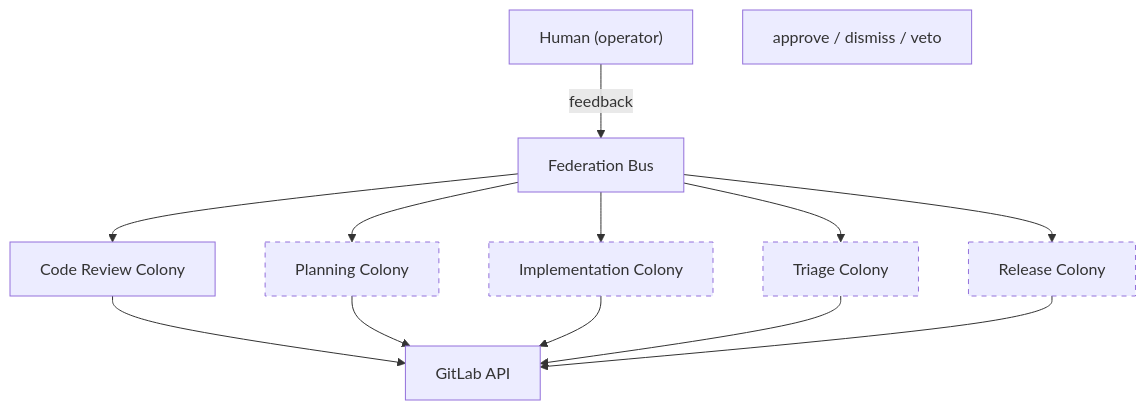
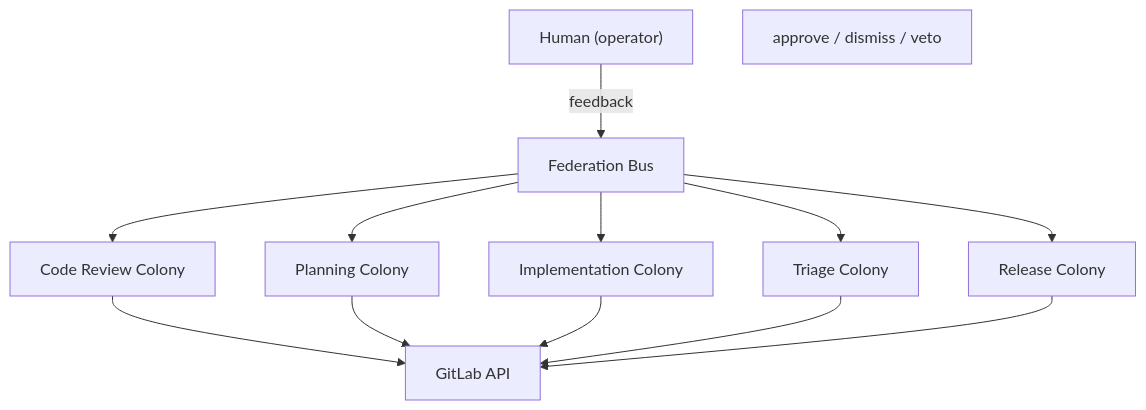
The diagram in dev-apprenticeship/README.md (Replikanti/agentis-colonies), drawn with Mermaid before and after one commit. The commit also changed other lines of this file and 16 other files, not shown here.

````diff
--- a/dev-apprenticeship/README.md
+++ b/dev-apprenticeship/README.md
@@ -37,29 +37,25 @@
 ```mermaid
 graph TD
     H["Human (operator)"]
     FB["approve / dismiss / veto"]
     F["Federation Bus"]
     CR["Code Review Colony"]
     PL["Planning Colony"]
     IM["Implementation Colony"]
     TR["Triage Colony"]
     RE["Release Colony"]
     GL["GitLab API"]
 
     H -- feedback --> F
     F --> CR
     F --> PL
     F --> IM
     F --> TR
     F --> RE
     CR --> GL
     PL --> GL
     IM --> GL
     TR --> GL
     RE --> GL
 
-    style PL stroke-dasharray: 5 5
-    style IM stroke-dasharray: 5 5
-    style TR stroke-dasharray: 5 5
-    style RE stroke-dasharray: 5 5
 ```
````
